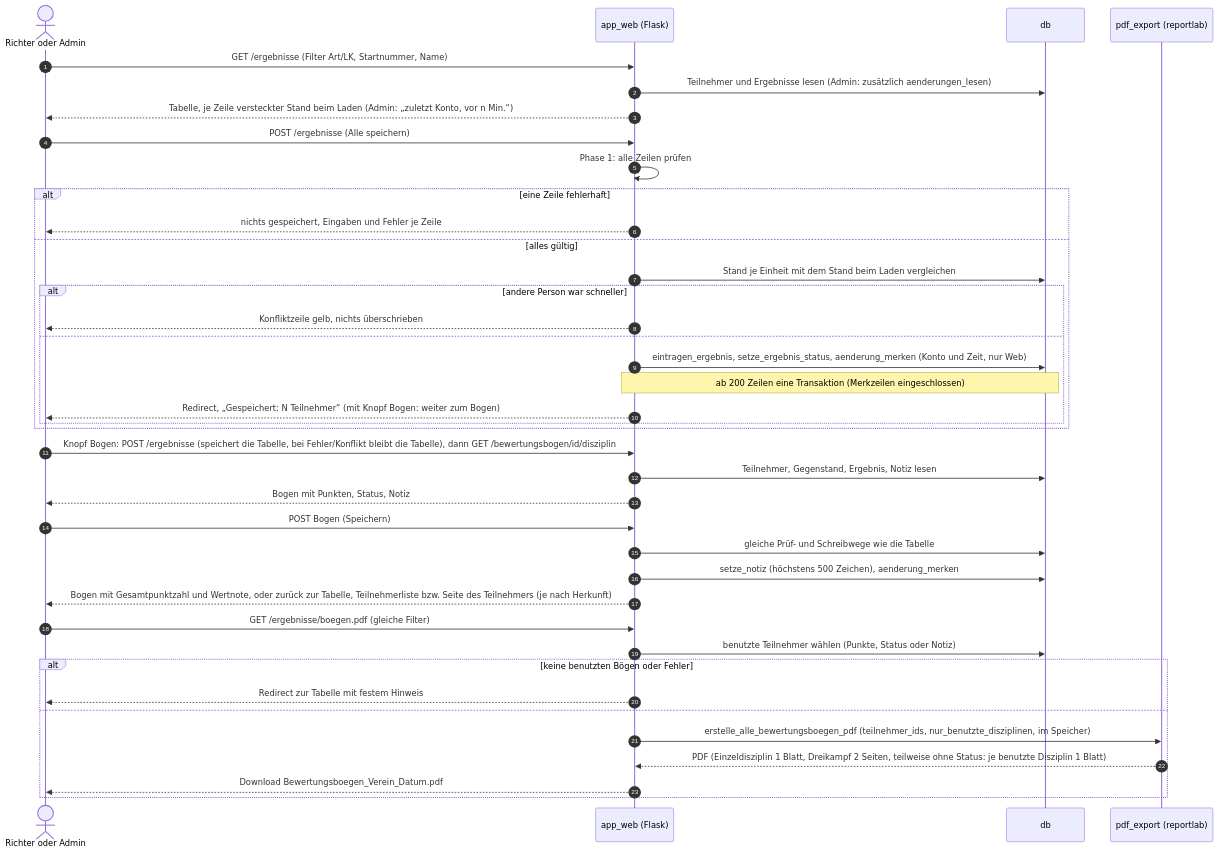
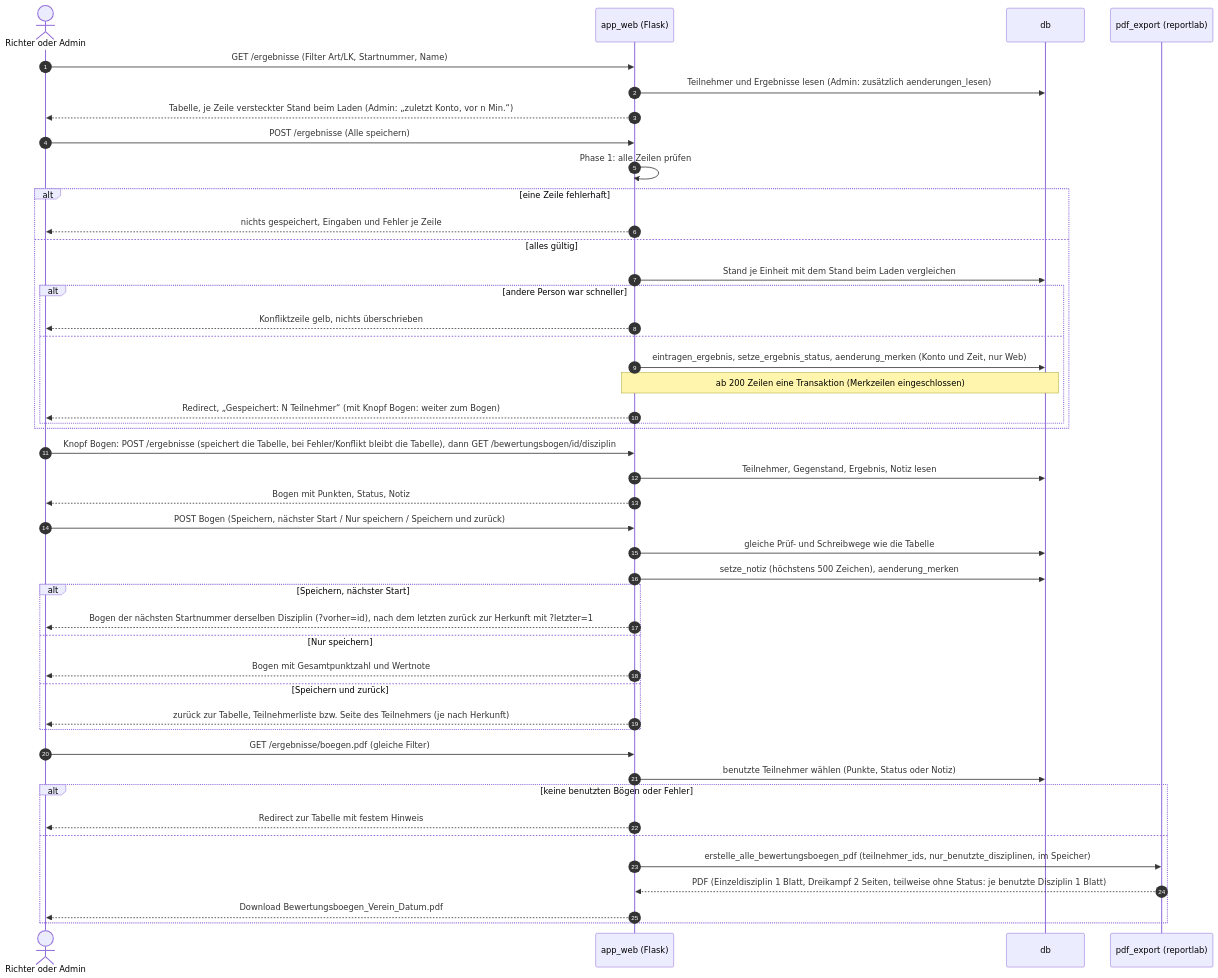
Diagram 12 of 15 in UML.md (mbruver-source/SHS), drawn with Mermaid before and after one commit. The commit also changed other lines of this file and 96 other files, not shown here.

First line of the commit message:
Version 1.0.63: Erscheinungsbild „Schiefer und Signal“, Speichern nächster Start, Großansicht im Zeitplan

````diff
--- a/UML.md
+++ b/UML.md
@@ -718,45 +718,51 @@
 ```mermaid
 sequenceDiagram
     autonumber
     actor R as Richter oder Admin
     participant W as app_web (Flask)
     participant D as db
     participant P as pdf_export (reportlab)
 
     R->>W: GET /ergebnisse (Filter Art/LK, Startnummer, Name)
     W->>D: Teilnehmer und Ergebnisse lesen (Admin: zusätzlich aenderungen_lesen)
     W-->>R: Tabelle, je Zeile versteckter Stand beim Laden (Admin: „zuletzt Konto, vor n Min.“)
 
     R->>W: POST /ergebnisse (Alle speichern)
     W->>W: Phase 1: alle Zeilen prüfen
     alt eine Zeile fehlerhaft
         W-->>R: nichts gespeichert, Eingaben und Fehler je Zeile
     else alles gültig
         W->>D: Stand je Einheit mit dem Stand beim Laden vergleichen
         alt andere Person war schneller
             W-->>R: Konfliktzeile gelb, nichts überschrieben
         else
             W->>D: eintragen_ergebnis, setze_ergebnis_status, aenderung_merken (Konto und Zeit, nur Web)
             Note over W,D: ab 200 Zeilen eine Transaktion (Merkzeilen eingeschlossen)
             W-->>R: Redirect, „Gespeichert: N Teilnehmer“ (mit Knopf Bogen: weiter zum Bogen)
         end
     end
 
     R->>W: Knopf Bogen: POST /ergebnisse (speichert die Tabelle, bei Fehler/Konflikt bleibt die Tabelle), dann GET /bewertungsbogen/id/disziplin
     W->>D: Teilnehmer, Gegenstand, Ergebnis, Notiz lesen
     W-->>R: Bogen mit Punkten, Status, Notiz
-    R->>W: POST Bogen (Speichern)
+    R->>W: POST Bogen (Speichern, nächster Start / Nur speichern / Speichern und zurück)
     W->>D: gleiche Prüf- und Schreibwege wie die Tabelle
     W->>D: setze_notiz (höchstens 500 Zeichen), aenderung_merken
-    W-->>R: Bogen mit Gesamtpunktzahl und Wertnote, oder zurück zur Tabelle, Teilnehmerliste bzw. Seite des Teilnehmers (je nach Herkunft)
+    alt Speichern, nächster Start
+        W-->>R: Bogen der nächsten Startnummer derselben Disziplin (?vorher=id), nach dem letzten zurück zur Herkunft mit ?letzter=1
+    else Nur speichern
+        W-->>R: Bogen mit Gesamtpunktzahl und Wertnote
+    else Speichern und zurück
+        W-->>R: zurück zur Tabelle, Teilnehmerliste bzw. Seite des Teilnehmers (je nach Herkunft)
+    end
 
     R->>W: GET /ergebnisse/boegen.pdf (gleiche Filter)
     W->>D: benutzte Teilnehmer wählen (Punkte, Status oder Notiz)
     alt keine benutzten Bögen oder Fehler
         W-->>R: Redirect zur Tabelle mit festem Hinweis
     else
         W->>P: erstelle_alle_bewertungsboegen_pdf (teilnehmer_ids, nur_benutzte_disziplinen, im Speicher)
         P-->>W: PDF (Einzeldisziplin 1 Blatt, Dreikampf 2 Seiten, teilweise ohne Status: je benutzte Disziplin 1 Blatt)
         W-->>R: Download Bewertungsboegen_Verein_Datum.pdf
     end
 ```
````
